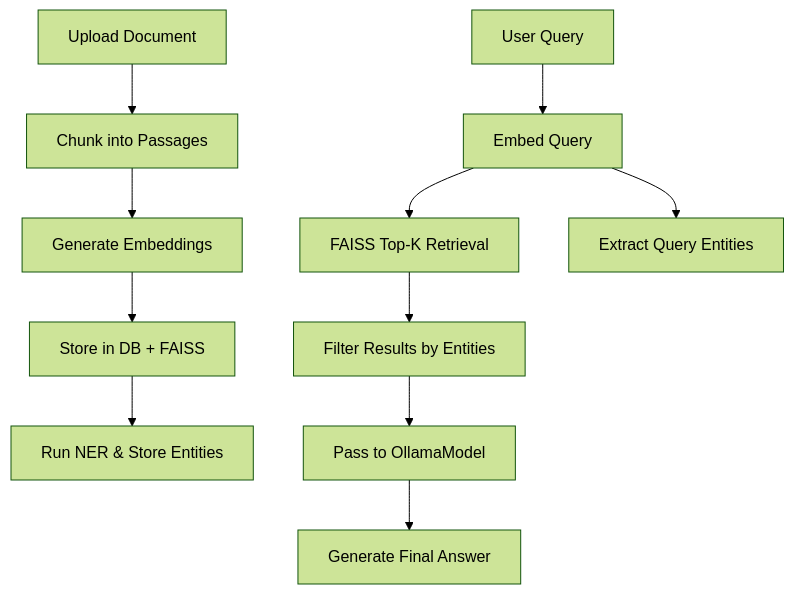
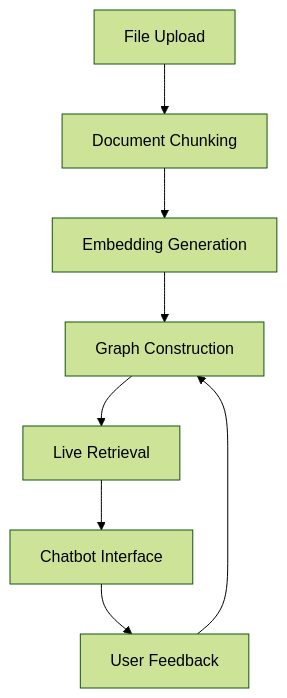
The diagram in README.md (AlRashid-AlKiswane/PathRAG), drawn with Mermaid (forest theme) before and after one commit. The commit also changed other lines of this file and 2 other files, not shown here.

````diff
--- a/README.md
+++ b/README.md
@@ -75,14 +27,10 @@
 ```mermaid
 graph TD
-    A[Upload Document] --> B[Chunk into Passages]
-    B --> C[Generate Embeddings]
-    C --> D[Store in DB + FAISS]
-    D --> E[Run NER & Store Entities]
-
-    F[User Query] --> G[Embed Query]
-    G --> H[FAISS Top-K Retrieval]
-    G --> I[Extract Query Entities]
-    H --> J[Filter Results by Entities]
-    J --> K[Pass to OllamaModel]
-    K --> L[Generate Final Answer]
+    A[File Upload] --> B[Document Chunking]
+    B --> C[Embedding Generation]
+    C --> D[Graph Construction]
+    D --> E[Live Retrieval]
+    E --> F[Chatbot Interface]
+    F --> G[User Feedback]
+    G --> D
 ```
````
